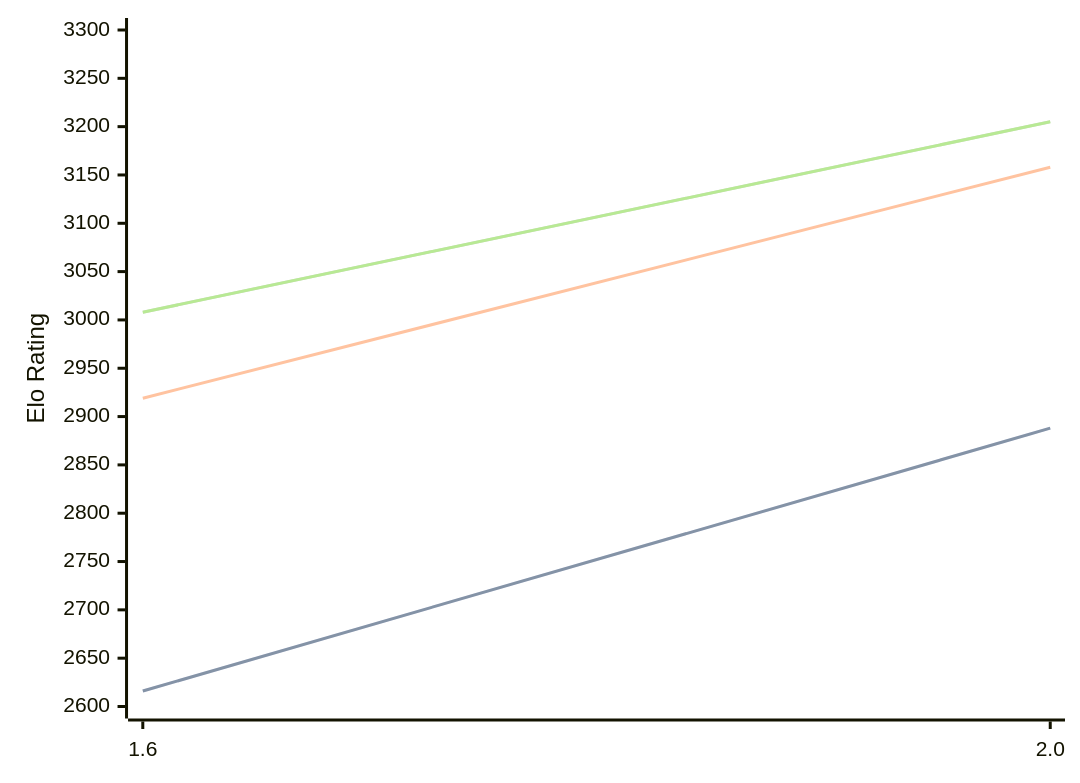
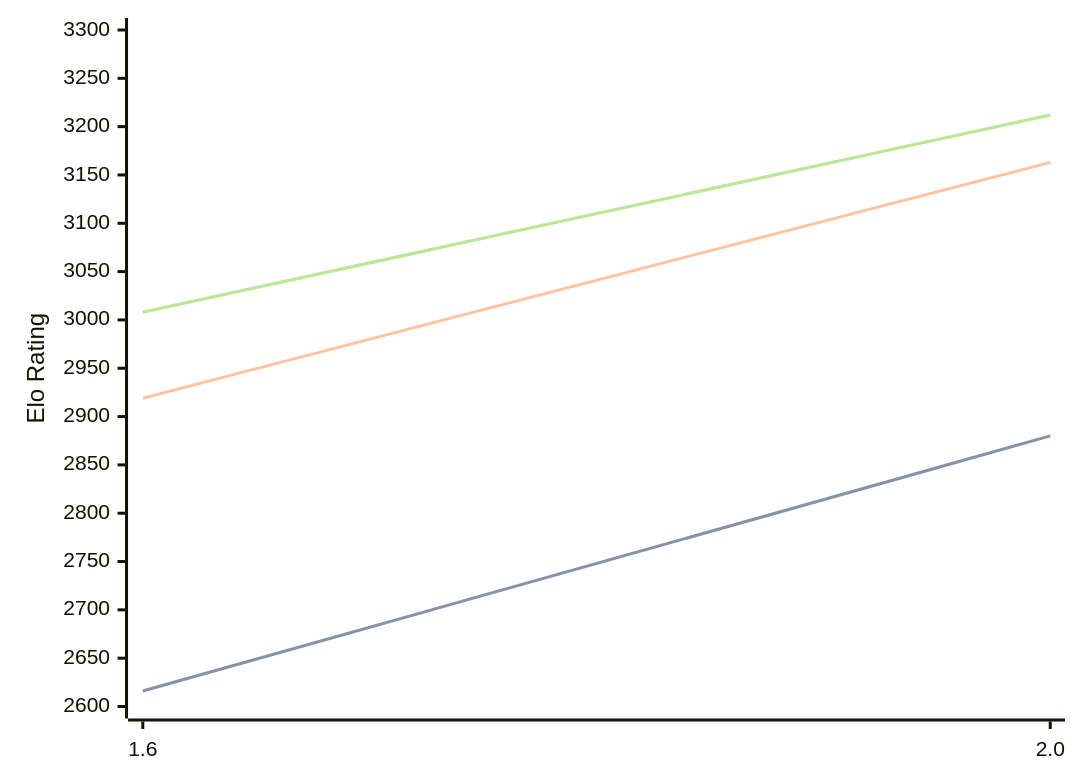
One commit to computer-chess-index/cci changed the diagram in engines/Onyx.md. Above: the diagram before and after it, drawn with Mermaid. The commit also changed other lines of this file, not shown here.

Commit message:
Update CCI Ratings (ELO VLTC) - 2026-07-19

````diff
--- a/engines/Onyx.md
+++ b/engines/Onyx.md
@@ -32,11 +32,11 @@
 ```mermaid
 %%{init: {"theme":"base","themeVariables":{"seriesColors:['#a3a3a3','#222221','#faa371']}}}%%
 xychart-beta
   x-axis ["1.6", "2.0"]
   y-axis "Elo Rating" 2600 --> 3300
-  line "STC (8.0+0.08s)" [2616, 2888]
-  line "STC (8.0+0.08s)" [2616, 2888]
-  line "LTC (60.0+0.60s)" [2919, 3158]
-  line "VLTC (2m24s+1.12s)" [3008, 3205]
-  line "VLTC (2m24s+1.12s)" [3008, 3205]
+  line "STC (8.0+0.08s)" [2616, 2880]
+  line "STC (8.0+0.08s)" [2616, 2880]
+  line "LTC (60.0+0.60s)" [2919, 3163]
+  line "VLTC (2m24s+1.12s)" [3008, 3212]
+  line "VLTC (2m24s+1.12s)" [3008, 3212]
 ```
````
